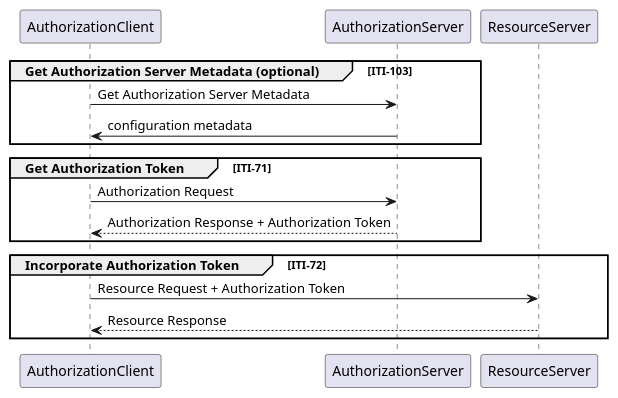
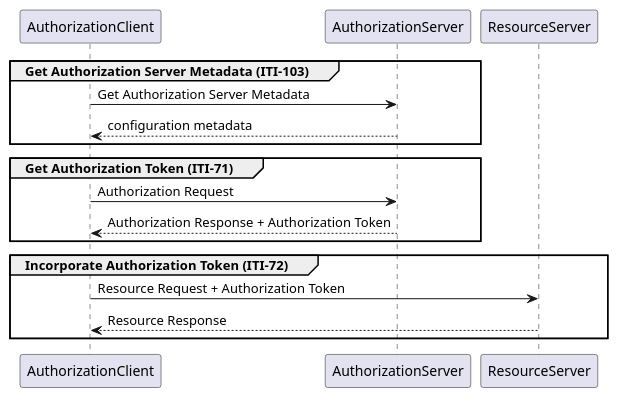
The first of 6 diagrams in IUA.b/IHE_ITI_Suppl_IUA.md (IHE/IT-Infrastructure), drawn with PlantUML before and after one commit. The commit also changed other lines of this file and 4 other files, not shown here.

````diff
--- a/IUA.b/IHE_ITI_Suppl_IUA.md
+++ b/IUA.b/IHE_ITI_Suppl_IUA.md
@@ -477,20 +478,20 @@
 ```plantuml
 @startuml basic-flow
 
-group Get Authorization Server Metadata (optional) [ITI-103]
+group Get Authorization Server Metadata (ITI-103)
 AuthorizationClient -> AuthorizationServer : Get Authorization Server Metadata
-AuthorizationClient <- AuthorizationServer : configuration metadata
+AuthorizationClient <-- AuthorizationServer : configuration metadata
 end
 
-group Get Authorization Token [ITI-71]
+group Get Authorization Token (ITI-71)
 AuthorizationClient -> AuthorizationServer : Authorization Request
 AuthorizationClient <-- AuthorizationServer : Authorization Response + Authorization Token
 end
 
-group Incorporate Authorization Token [ITI-72]
+group Incorporate Authorization Token (ITI-72)
 AuthorizationClient -> ResourceServer : Resource Request + Authorization Token
 AuthorizationClient <-- ResourceServer : Resource Response
 end
 
 @enduml
 ```
````
